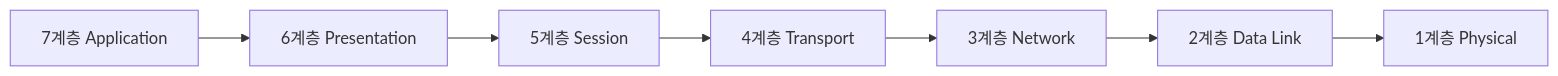
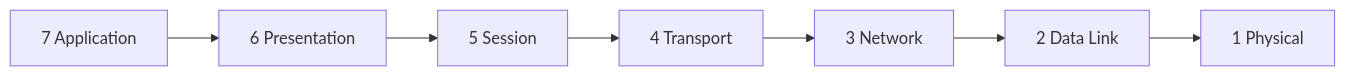
One commit to yjkim2015/yjkim2015.github.io changed the first of 9 diagrams in _posts/network/2026-05-01-osi-7-layer.md. Above: the diagram before and after it, drawn with Mermaid. The commit also changed other lines of this file and 4 other files, not shown here.

````diff
--- a/_posts/network/2026-05-01-osi-7-layer.md
+++ b/_posts/network/2026-05-01-osi-7-layer.md
@@ -20,11 +20,9 @@
 ```mermaid
 graph LR
-    L7["7계층 Application"]
-    L6["6계층 Presentation"]
-    L5["5계층 Session"]
-    L4["4계층 Transport"]
-    L3["3계층 Network"]
-    L2["2계층 Data Link"]
-    L1["1계층 Physical"]
-    L7 --> L6 --> L5 --> L4 --> L3 --> L2 --> L1
+    L7["7 Application"] --> L6["6 Presentation"]
+    L6 --> L5["5 Session"]
+    L5 --> L4["4 Transport"]
+    L4 --> L3["3 Network"]
+    L3 --> L2["2 Data Link"]
+    L2 --> L1["1 Physical"]
 ```
````
